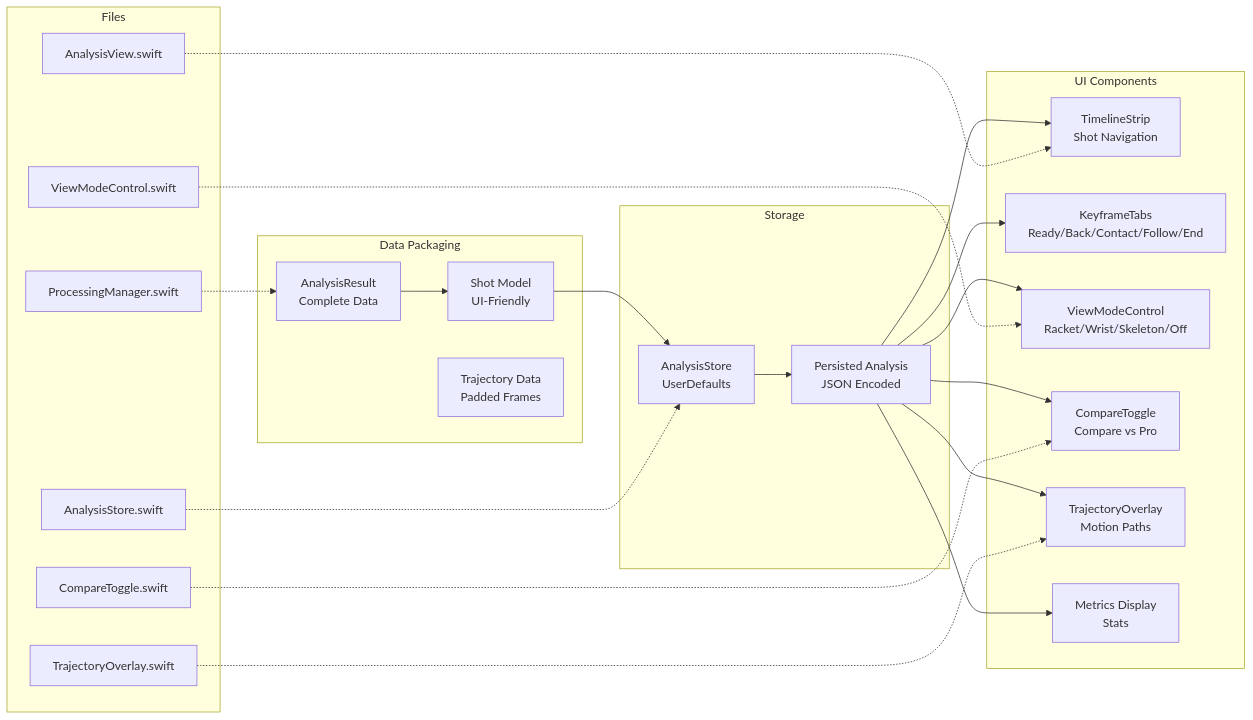
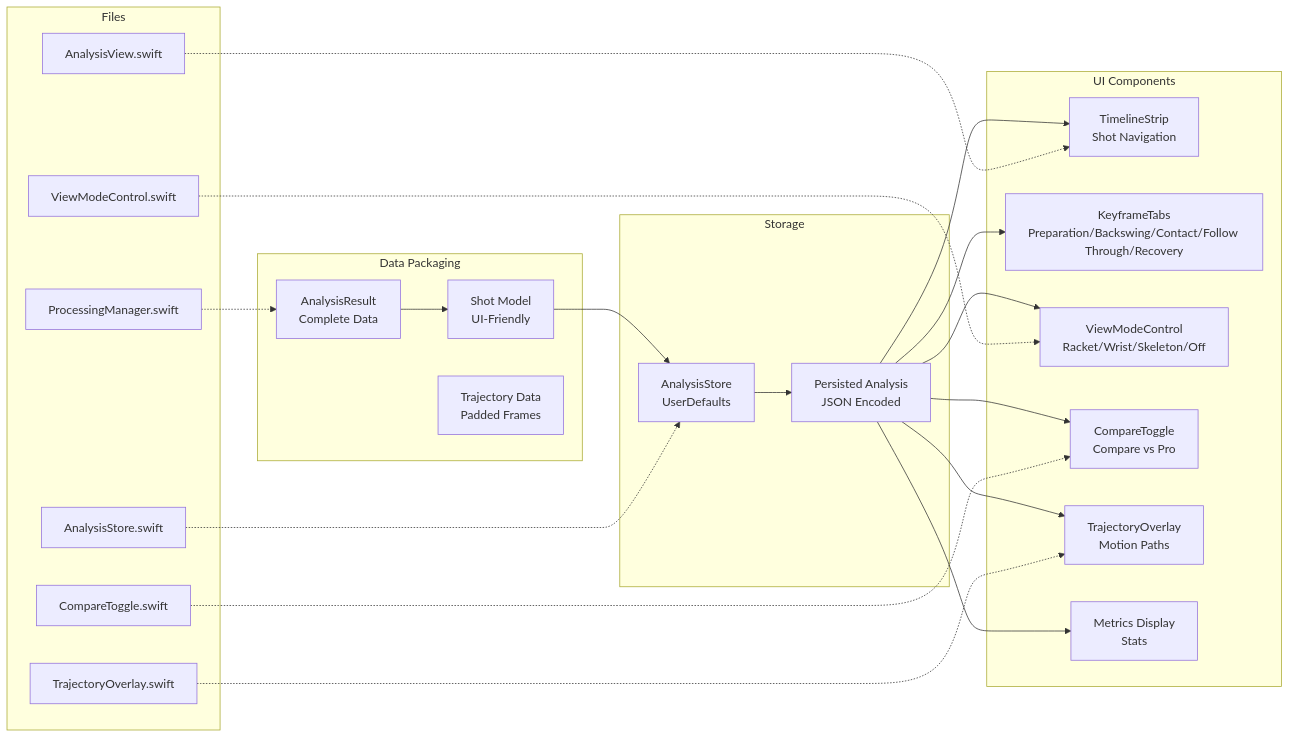
One commit to victorzhrn/swingmaster changed the seventh of 10 diagrams in docs/0.4 Video Processing Architecture.md. Above: the diagram before and after it, drawn with Mermaid. The commit also changed other lines of this file and 7 other files, not shown here.

````diff
--- a/docs/0.4 Video Processing Architecture.md
+++ b/docs/0.4 Video Processing Architecture.md
@@ -373,49 +374,49 @@
 ```mermaid
 flowchart LR
     subgraph "Data Packaging"
         RES[AnalysisResult<br/>Complete Data]
         SHOT[Shot Model<br/>UI-Friendly]
         TRAJ[Trajectory Data<br/>Padded Frames]
     end
     
     subgraph "Storage"
         STORE[AnalysisStore<br/>UserDefaults]
         PERSIST[Persisted Analysis<br/>JSON Encoded]
     end
     
     subgraph "UI Components"
         TIMELINE[TimelineStrip<br/>Shot Navigation]
-        TABS[KeyframeTabs<br/>Ready/Back/Contact/Follow/End]
+        TABS[KeyframeTabs<br/>Preparation/Backswing/Contact/Follow Through/Recovery]
         VMC[ViewModeControl<br/>Racket/Wrist/Skeleton/Off]
         CT[CompareToggle<br/>Compare vs Pro]
         OVERLAY[TrajectoryOverlay<br/>Motion Paths]
         METRICS_UI[Metrics Display<br/>Stats]
     end
     
     subgraph "Files"
         F1[ProcessingManager.swift]
         F2[AnalysisStore.swift]
         F3[AnalysisView.swift]
         F4[ViewModeControl.swift]
         F5[CompareToggle.swift]
         F6[TrajectoryOverlay.swift]
     end
     
     RES --> SHOT
     SHOT --> STORE
     STORE --> PERSIST
     
     PERSIST --> TIMELINE
     PERSIST --> TABS
     PERSIST --> VMC
     PERSIST --> CT
     PERSIST --> OVERLAY
     PERSIST --> METRICS_UI
     
     F1 -.-> RES
     F2 -.-> STORE
     F3 -.-> TIMELINE
     F4 -.-> VMC
     F5 -.-> CT
     F6 -.-> OVERLAY
 ```
````
